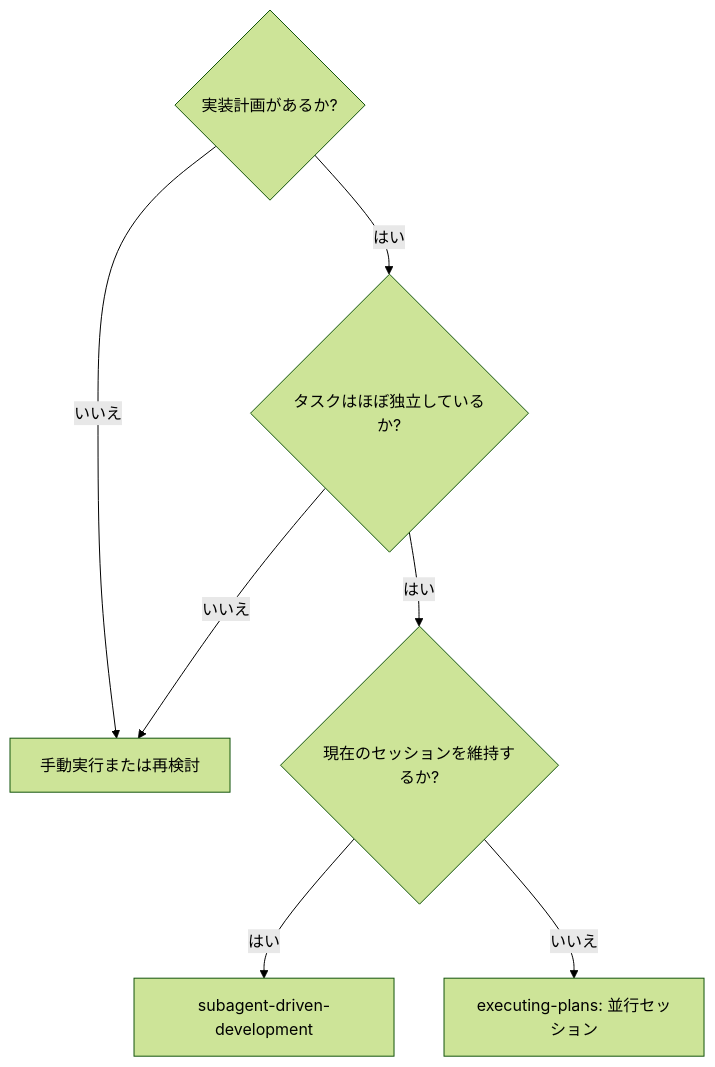
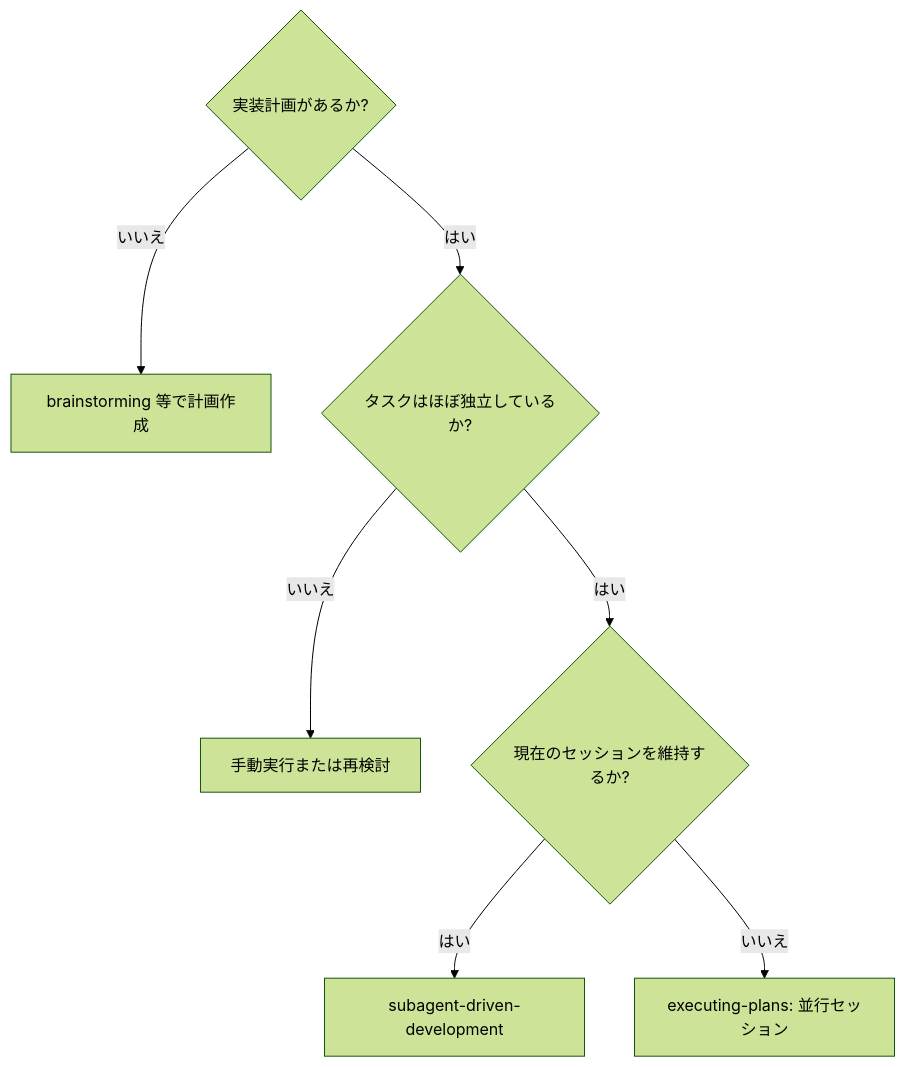
The first of 2 diagrams in skills/subagent-driven-development/SKILL.md (oki2a24/superpowerssuperpowers), drawn with Mermaid (forest theme) before and after one commit. The commit also changed other lines of this file and 7 other files, not shown here.

Commit message:
feat(sdd): sync subagent-driven-development with upstream single reviewer, file handoffs, and progress ledger

````diff
--- a/skills/subagent-driven-development/SKILL.md
+++ b/skills/subagent-driven-development/SKILL.md
@@ -18,9 +20,9 @@
 ```mermaid
 graph TD
     A{実装計画があるか?} -->|いいえ| B[brainstorming 等で計画作成]
     A -->|はい| C{タスクはほぼ独立しているか?}
-    C -->|いいえ| B[手動実行または再検討]
-    C -->|はい| D{現在のセッションを維持するか?}
-    D -->|はい| SDD[subagent-driven-development]
-    D -->|いいえ| EP[executing-plans: 並行セッション]
+    C -->|いいえ| D[手動実行または再検討]
+    C -->|はい| E{現在のセッションを維持するか?}
+    E -->|はい| SDD[subagent-driven-development]
+    E -->|いいえ| EP[executing-plans: 並行セッション]
 ```
````
